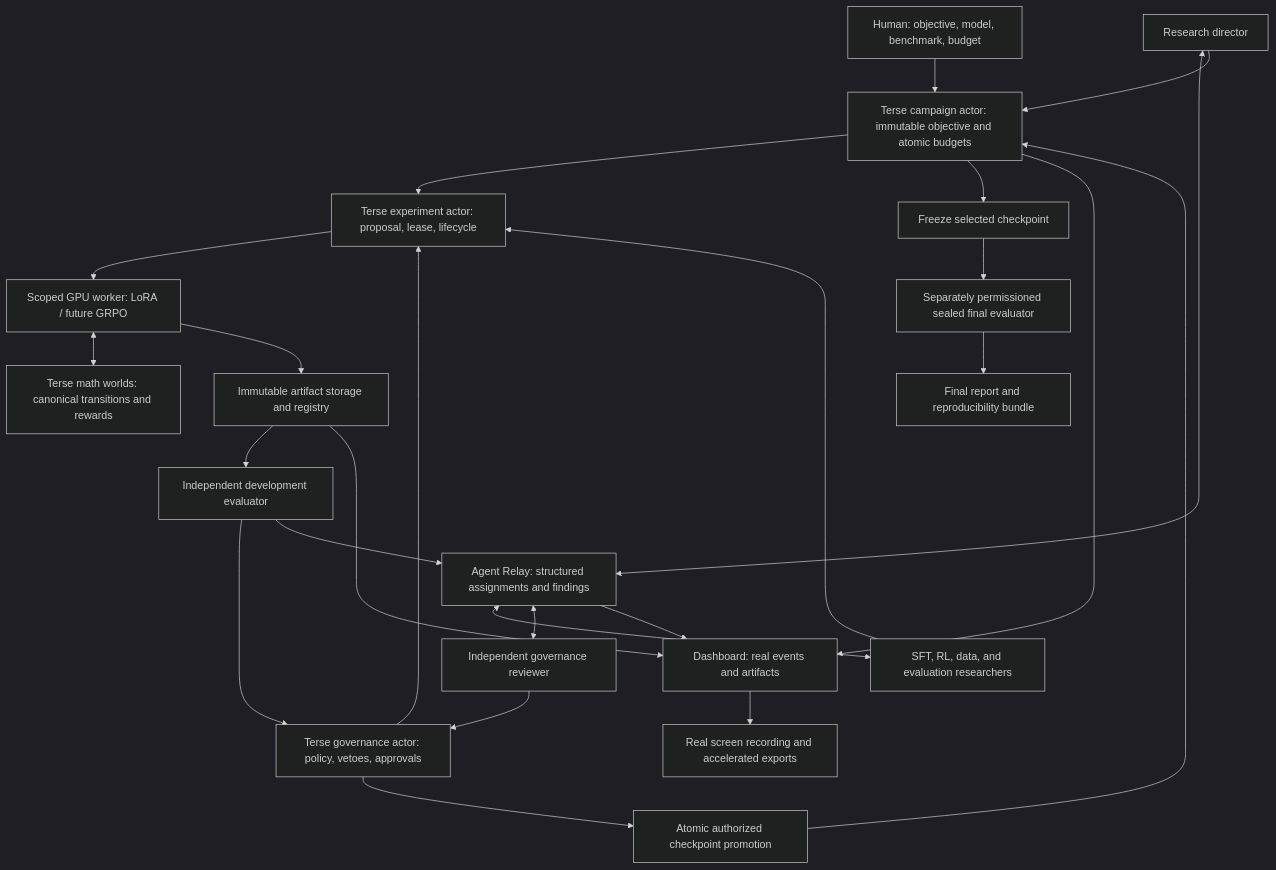
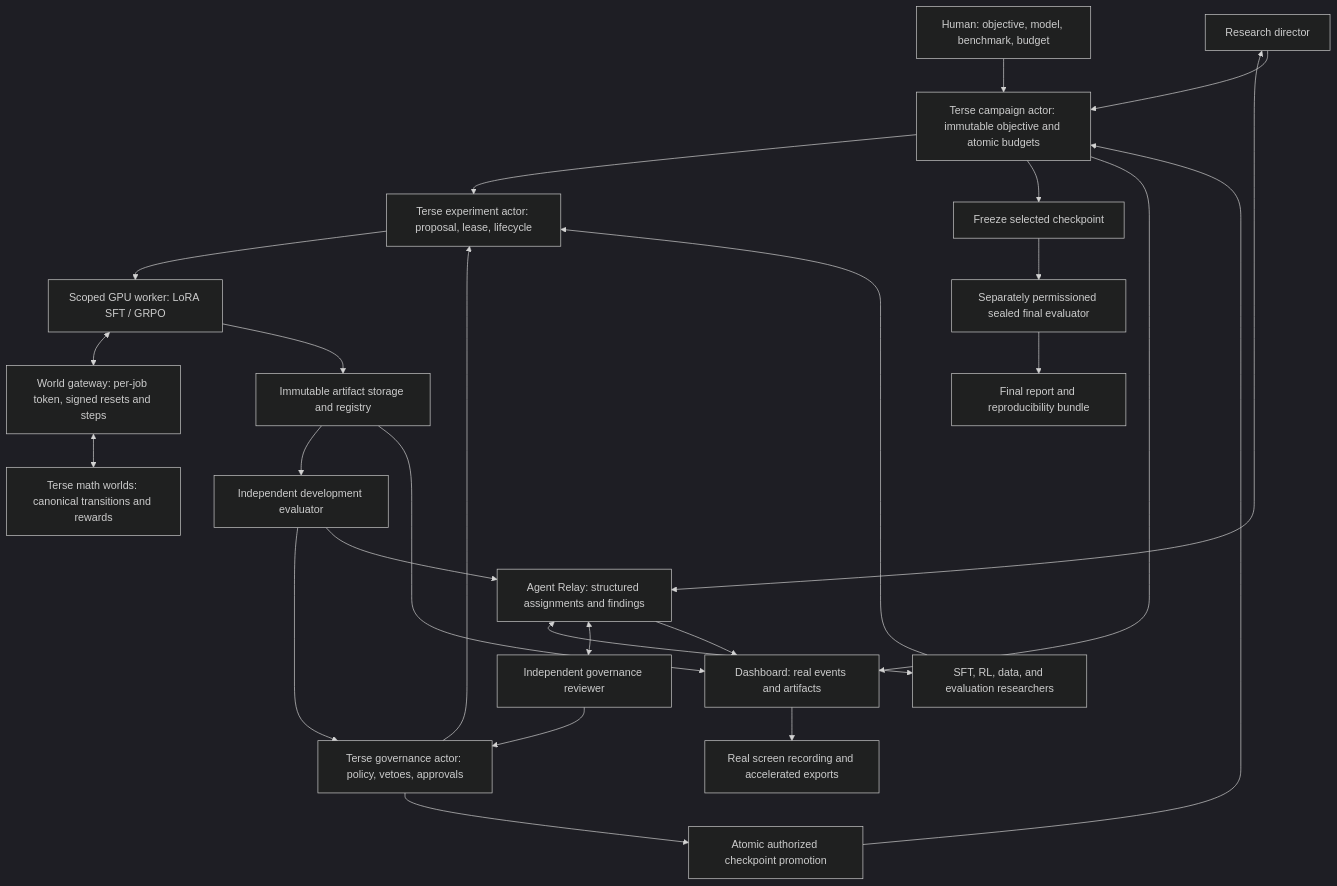
One commit to Arnavnemade1/AutoPost-training changed the diagram in docs/architecture.md. Above: the diagram before and after it, drawn with Mermaid (dark theme). The commit also changed other lines of this file and 33 other files, not shown here.

````diff
--- a/docs/architecture.md
+++ b/docs/architecture.md
@@ -9,28 +10,29 @@
 ```mermaid
 flowchart TD
     U[Human: objective, model, benchmark, budget] --> C
     C[Terse campaign actor: immutable objective and atomic budgets]
     D[Research director] <--> R[Agent Relay: structured assignments and findings]
     R <--> S[SFT, RL, data, and evaluation researchers]
     R <--> G[Independent governance reviewer]
     D --> C
     S --> E[Terse experiment actor: proposal, lease, lifecycle]
     G --> V[Terse governance actor: policy, vetoes, approvals]
     C --> E
     V --> E
-    E --> W[Scoped GPU worker: LoRA / future GRPO]
-    W <--> M[Terse math worlds: canonical transitions and rewards]
+    E --> W[Scoped GPU worker: LoRA SFT / GRPO]
+    W <--> WG[World gateway: per-job token, signed resets and steps]
+    WG <--> M[Terse math worlds: canonical transitions and rewards]
     W --> A[Immutable artifact storage and registry]
     A --> Q[Independent development evaluator]
     Q --> V
     Q --> R
     V --> P[Atomic authorized checkpoint promotion]
     P --> C
     C --> F[Freeze selected checkpoint]
     F --> T[Separately permissioned sealed final evaluator]
     T --> O[Final report and reproducibility bundle]
     C --> UI[Dashboard: real events and artifacts]
     A --> UI
     R --> UI
     UI --> REC[Real screen recording and accelerated exports]
 ```
````
